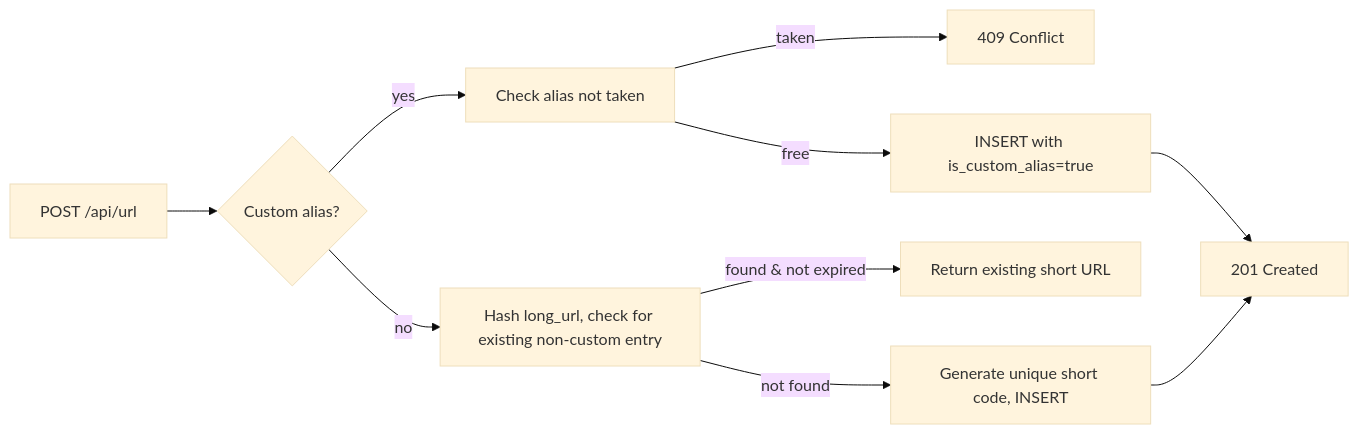
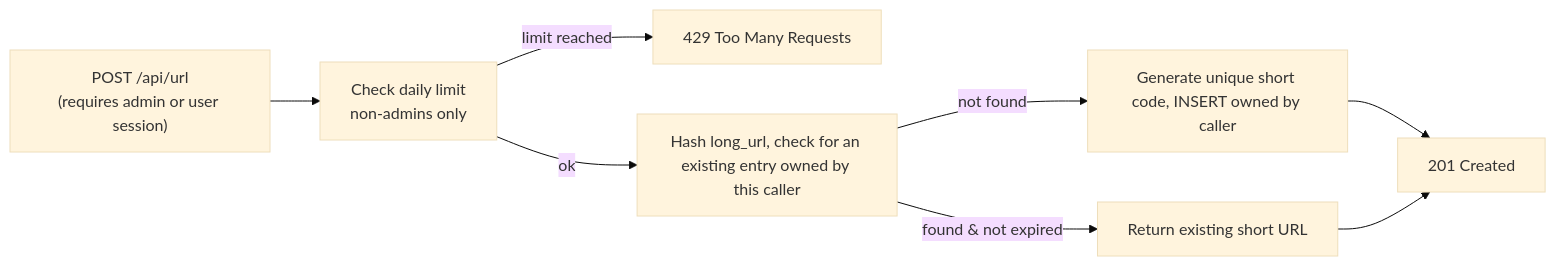
The third of 5 diagrams in docs/ARCHITECTURE.md (dipakpm59/url-shortener), drawn with Mermaid (base theme) before and after one commit. The commit also changed other lines of this file and 10 other files, not shown here.

````diff
--- a/docs/ARCHITECTURE.md
+++ b/docs/ARCHITECTURE.md
@@ -87,12 +85,10 @@
 ```mermaid
 flowchart LR
-    A[POST /api/url] --> B{Custom alias?}
-    B -- yes --> C[Check alias not taken]
-    C -- taken --> E[409 Conflict]
-    C -- free --> F[INSERT with is_custom_alias=true]
-    B -- no --> D[Hash long_url, check for existing non-custom entry]
-    D -- found & not expired --> G[Return existing short URL]
-    D -- not found --> H[Generate unique short code, INSERT]
-    F --> I[201 Created]
-    H --> I
+    A["POST /api/url<br/>(requires admin or user session)"] --> B[Check daily limit<br/>non-admins only]
+    B -- limit reached --> C[429 Too Many Requests]
+    B -- ok --> D[Hash long_url, check for an existing entry owned by this caller]
+    D -- found & not expired --> E[Return existing short URL]
+    D -- not found --> F[Generate unique short code, INSERT owned by caller]
+    F --> G[201 Created]
+    E --> G
 ```
````
